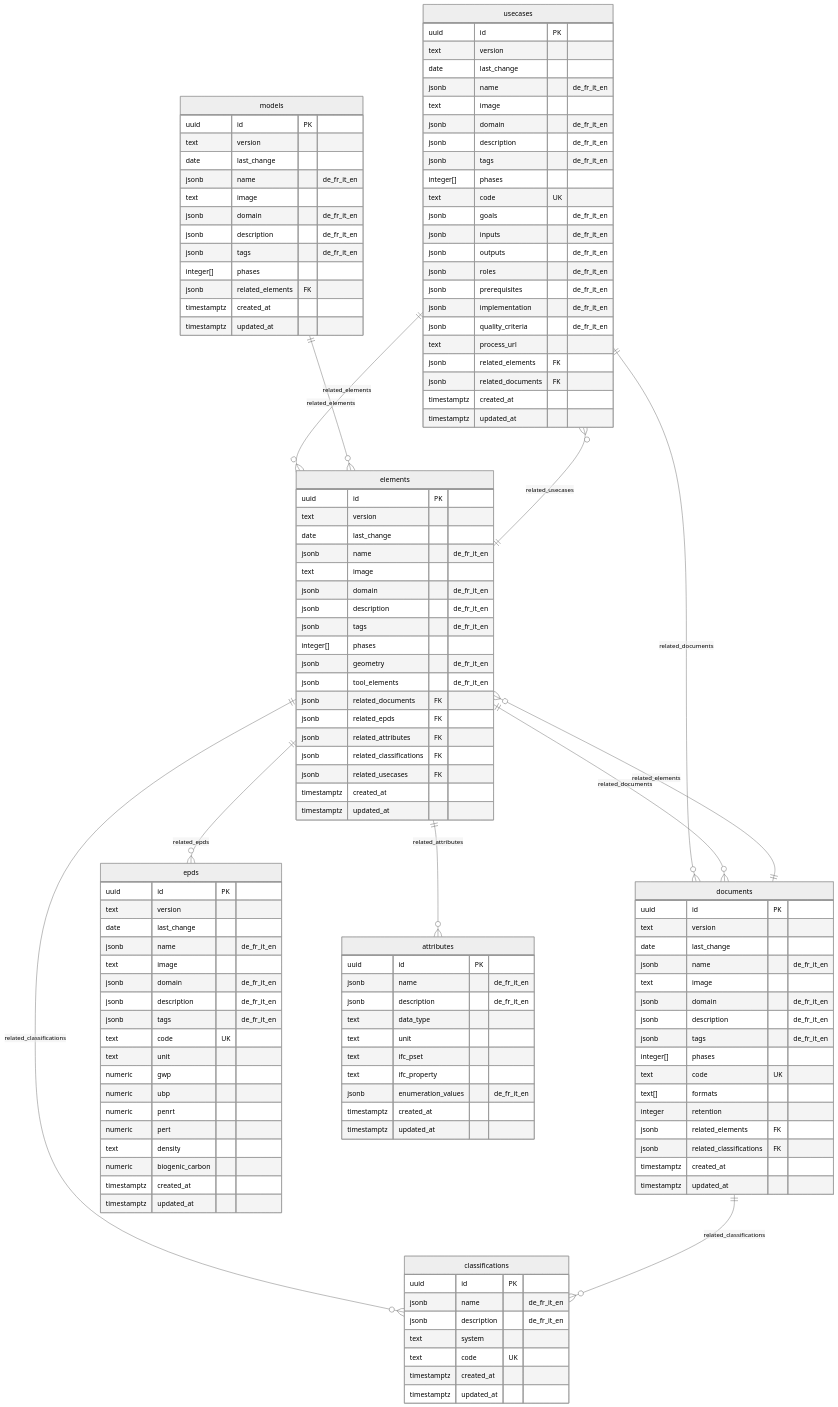
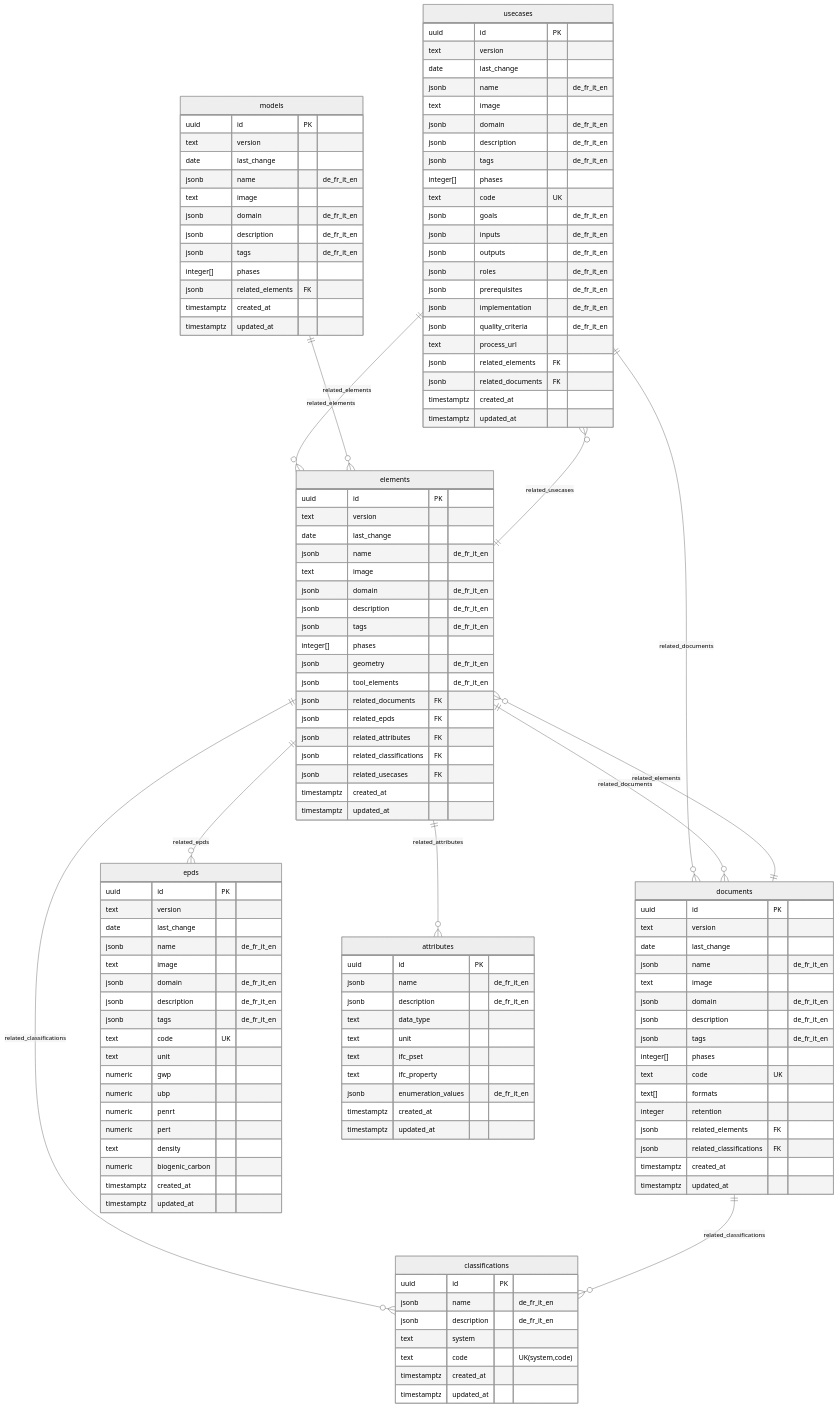
The diagram in documentation/DATAMODEL.md (bbl-dres/kbob-fdk), drawn with Mermaid (neutral theme) before and after one commit. The commit also changed other lines of this file, not shown here.

First line of the commit message:
Address schema review feedback for DATAMODEL.md

```diff
--- a/documentation/DATAMODEL.md
+++ b/documentation/DATAMODEL.md
@@ -182,7 +184,7 @@
         jsonb name "de_fr_it_en"
         jsonb description "de_fr_it_en"
         text system
-        text code UK
+        text code "UK(system,code)"
         timestamptz created_at
         timestamptz updated_at
     }
```
